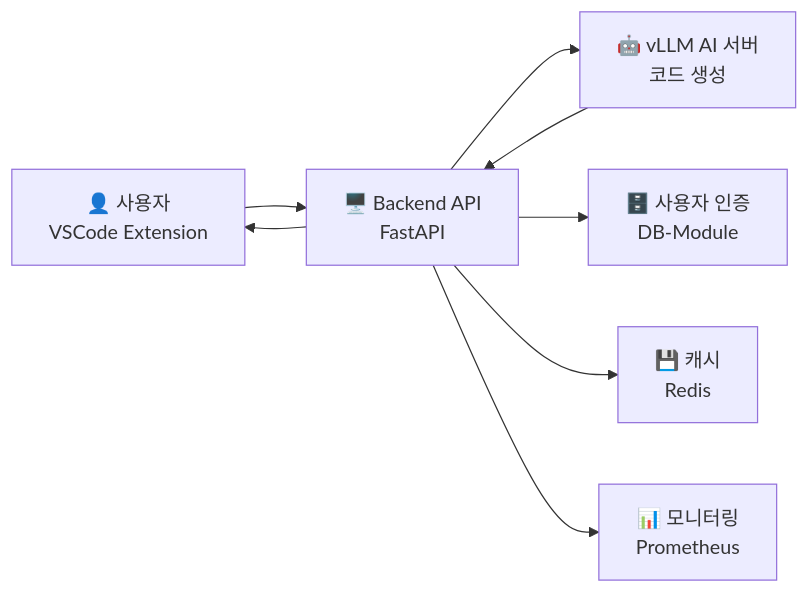
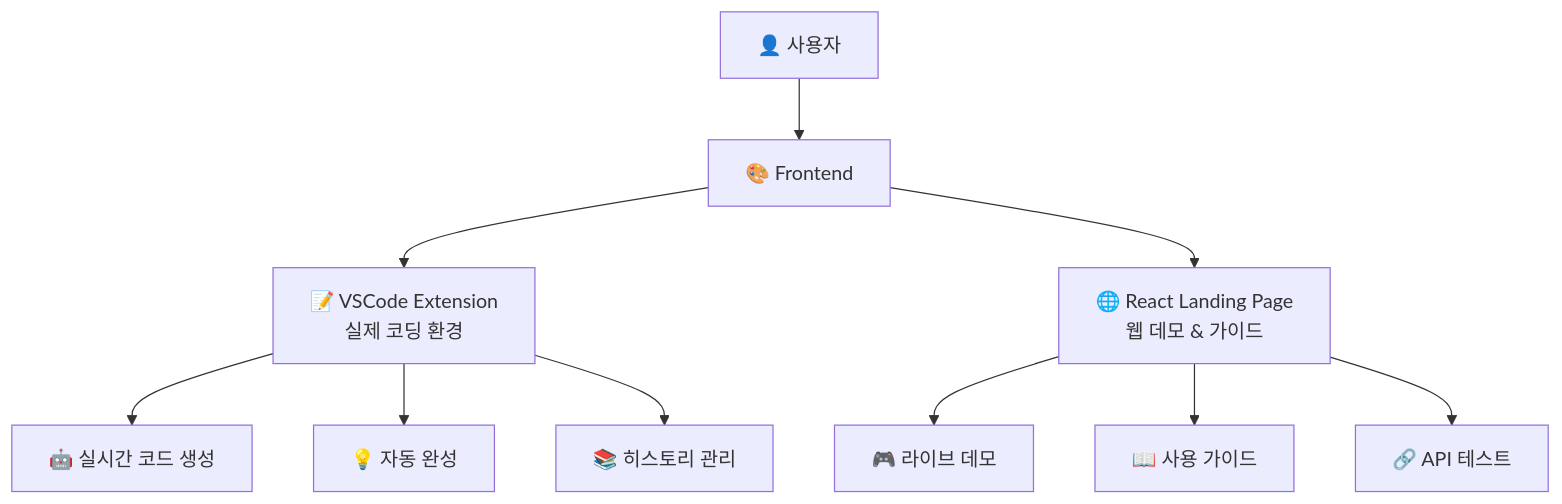
The diagram in README.md (Hi-dle-hancom/frontend), drawn with Mermaid before and after one commit. The commit also changed other lines of this file and 127 other files, not shown here.

````diff
--- a/README.md
+++ b/README.md
@@ -10,11 +10,14 @@
 ```mermaid
-graph LR
-    A[👤 사용자<br/>VSCode Extension] --> B[🖥️ Backend API<br/>FastAPI]
-    B --> C[🤖 vLLM AI 서버<br/>코드 생성]
-    C --> B
-    B --> A
-
-    B --> D[🗄️ 사용자 인증<br/>DB-Module]
-    B --> E[💾 캐시<br/>Redis]
-    B --> F[📊 모니터링<br/>Prometheus]
+graph TB
+    A[👤 사용자] --> B[🎨 Frontend]
+    B --> C[📝 VSCode Extension<br/>실제 코딩 환경]
+    B --> D[🌐 React Landing Page<br/>웹 데모 & 가이드]
+    
+    C --> E[🤖 실시간 코드 생성]
+    C --> F[💡 자동 완성]
+    C --> G[📚 히스토리 관리]
+    
+    D --> H[🎮 라이브 데모]
+    D --> I[📖 사용 가이드]
+    D --> J[🔗 API 테스트]
 ```
````
